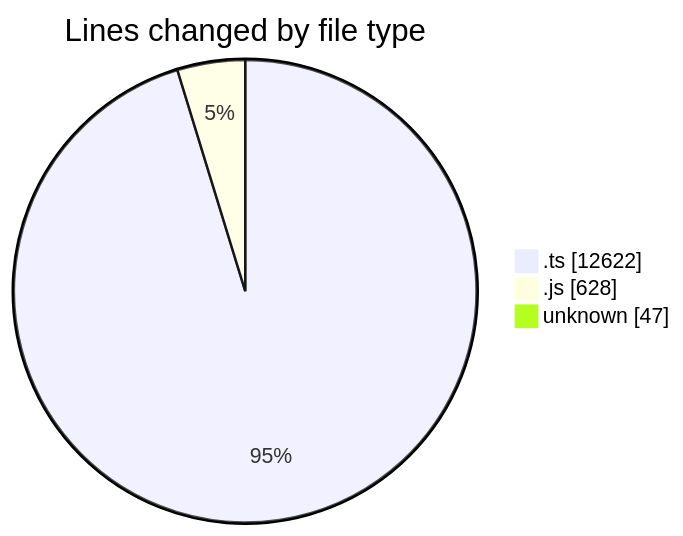
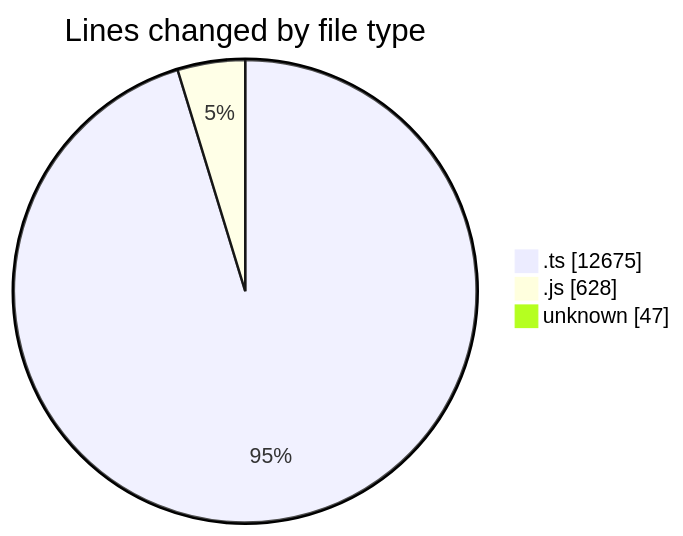
One commit to momahboobian/code-tracking changed the first of 2 diagrams in 2025-09-05/cda/README.md. Above: the diagram before and after it, drawn with Mermaid. The commit also changed other lines of this file and 1 other file, not shown here.

````diff
--- a/2025-09-05/cda/README.md
+++ b/2025-09-05/cda/README.md
@@ -25,7 +25,7 @@
 ```mermaid
 pie showData
 title Lines changed by file type
-".ts" : 12622
+".ts" : 12675
 ".js" : 628
 "unknown" : 47
 ```
````
